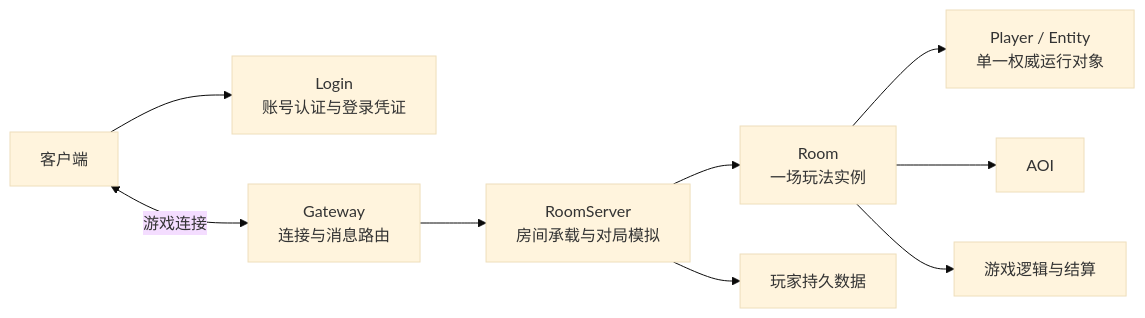
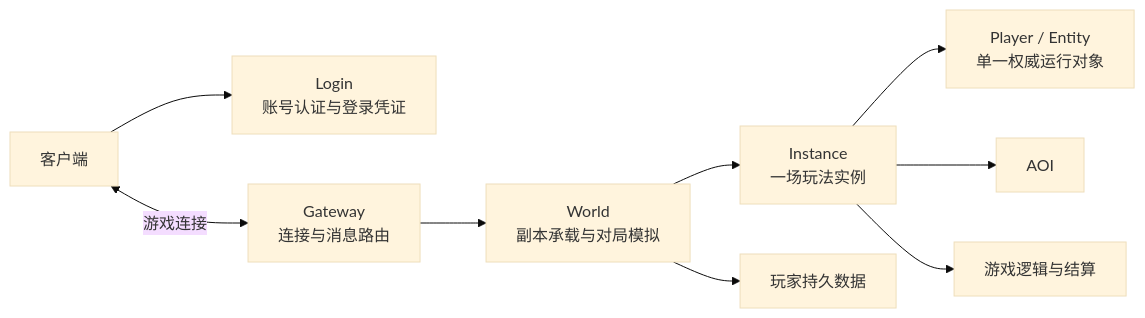
The diagram in docs/guide/architecture.md (cuihairu/apollo), drawn with Mermaid (base theme) before and after one commit. The commit also changed other lines of this file and 158 other files, not shown here.

Commit message:
refactor: standardize World processes and Instance lifecycle terminology

````diff
--- a/docs/guide/architecture.md
+++ b/docs/guide/architecture.md
@@ -14,11 +14,11 @@
 ```mermaid
 flowchart LR
     Client[客户端] --> Login[Login<br/>账号认证与登录凭证]
     Client <-->|游戏连接| Gateway[Gateway<br/>连接与消息路由]
-    Gateway --> RoomServer[RoomServer<br/>房间承载与对局模拟]
-    RoomServer --> Room[Room<br/>一场玩法实例]
-    Room --> Player[Player / Entity<br/>单一权威运行对象]
-    Room --> AOI[AOI]
-    Room --> Battle[游戏逻辑与结算]
-    RoomServer --> Store[玩家持久数据]
+    Gateway --> World[World<br/>副本承载与对局模拟]
+    World --> Instance[Instance<br/>一场玩法实例]
+    Instance --> Player[Player / Entity<br/>单一权威运行对象]
+    Instance --> AOI[AOI]
+    Instance --> Battle[游戏逻辑与结算]
+    World --> Store[玩家持久数据]
 ```
````
